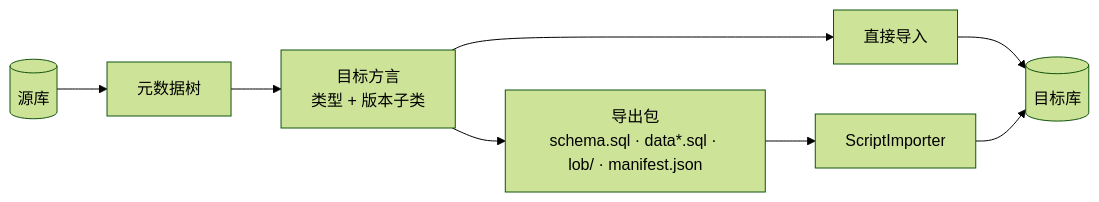
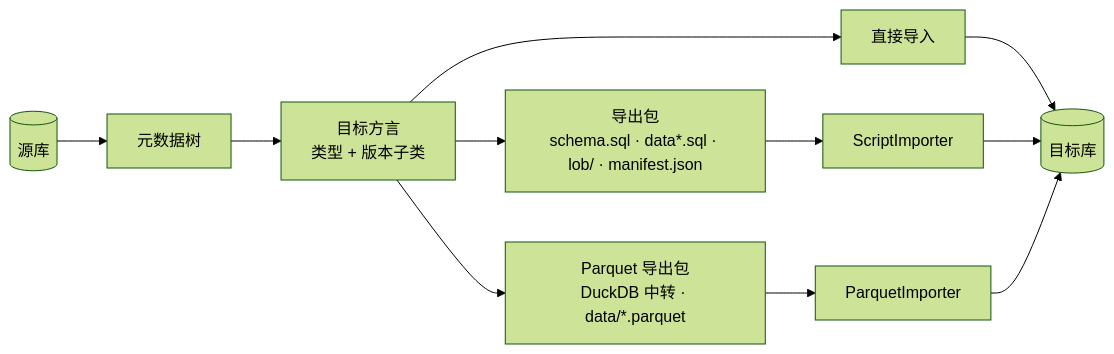
The diagram in docs/blogger/sqljam-zh.md (paganini2008/sqljam), drawn with Mermaid (forest theme) before and after one commit. The commit also changed other lines of this file and 169 other files, not shown here.

````diff
--- a/docs/blogger/sqljam-zh.md
+++ b/docs/blogger/sqljam-zh.md
@@ -84,8 +103,10 @@
 ```mermaid
 flowchart LR
     S[(源库)] --> T[元数据树]
     T --> D[目标方言<br/>类型 + 版本子类]
     D --> I[直接导入] --> TD[(目标库)]
     D --> E[导出包<br/>schema.sql · data*.sql · lob/ · manifest.json]
     E --> SI[ScriptImporter] --> TD
+    D --> P[Parquet 导出包<br/>DuckDB 中转 · data/*.parquet]
+    P --> PI[ParquetImporter] --> TD
 ```
````
